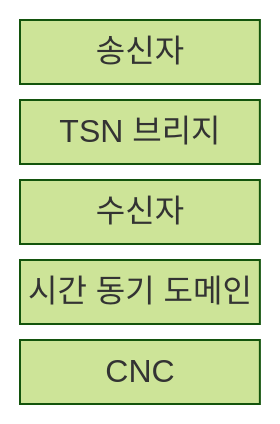
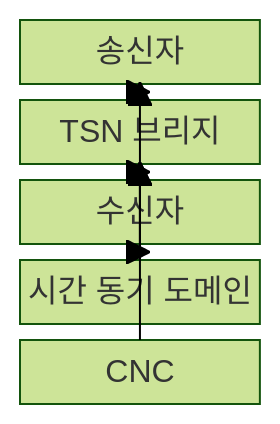
The first of 2 diagrams in src/content/docs/notes/04-network/083_time_sensitive_networking.md (agnusdei1207/knowledge-base), drawn with Mermaid (forest theme) before and after one commit. The commit also changed other lines of this file and 20 other files, not shown here.

````diff
--- a/src/content/docs/notes/04-network/083_time_sensitive_networking.md
+++ b/src/content/docs/notes/04-network/083_time_sensitive_networking.md
@@ -55,9 +60,15 @@
 ```mermaid
 block-beta
     columns 1
     TALKER["송신자"]
     BRIDGE["TSN 브리지"]
     LISTENER["수신자"]
     TIME["시간 동기 도메인"]
     CNC["CNC"]
+    TALKER --> BRIDGE
+    BRIDGE --> LISTENER
+    TIME --> TALKER
+    TIME --> BRIDGE
+    TIME --> LISTENER
+    CNC --> BRIDGE
 ```
````
